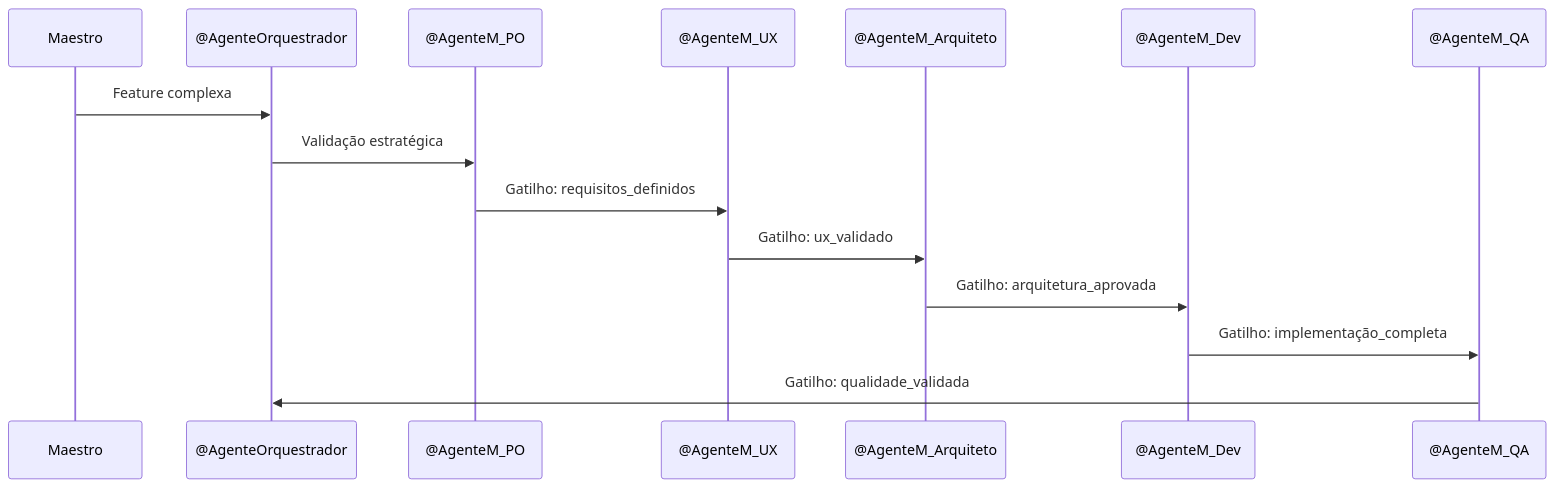
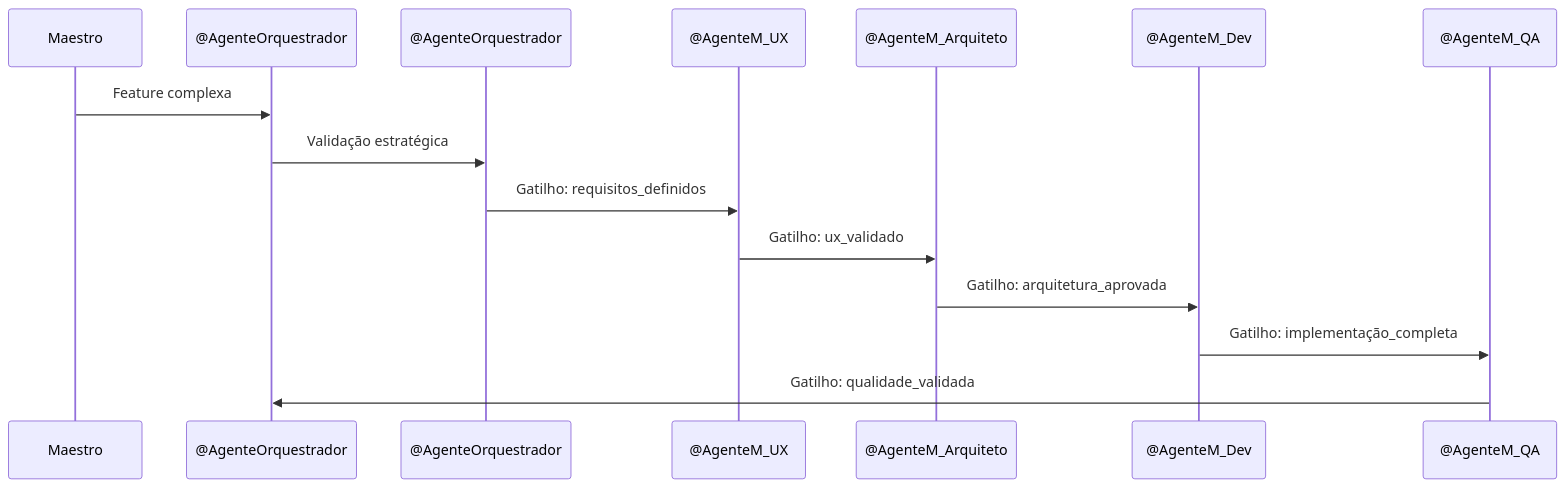
The fourth of 4 diagrams in docs/03_Arquitetura_e_Design/SISTEMA_ENTREGAVEIS_GATILHOS.md (brunosrosa/recoloca-ai), drawn with Mermaid before and after one commit. The commit also changed other lines of this file and 56 other files, not shown here.

````diff
--- a/docs/03_Arquitetura_e_Design/SISTEMA_ENTREGAVEIS_GATILHOS.md
+++ b/docs/03_Arquitetura_e_Design/SISTEMA_ENTREGAVEIS_GATILHOS.md
@@ -503,18 +503,18 @@
 ```mermaid
 sequenceDiagram
     participant M as Maestro
     participant O as @AgenteOrquestrador
-    participant PO as @AgenteM_PO
+    participant PO as @AgenteOrquestrador
     participant UX as @AgenteM_UX
     participant A as @AgenteM_Arquiteto
     participant D as @AgenteM_Dev
     participant Q as @AgenteM_QA
     
     M->>O: Feature complexa
     O->>PO: Validação estratégica
     PO->>UX: Gatilho: requisitos_definidos
     UX->>A: Gatilho: ux_validado
     A->>D: Gatilho: arquitetura_aprovada
     D->>Q: Gatilho: implementação_completa
     Q->>O: Gatilho: qualidade_validada
 ```
````
